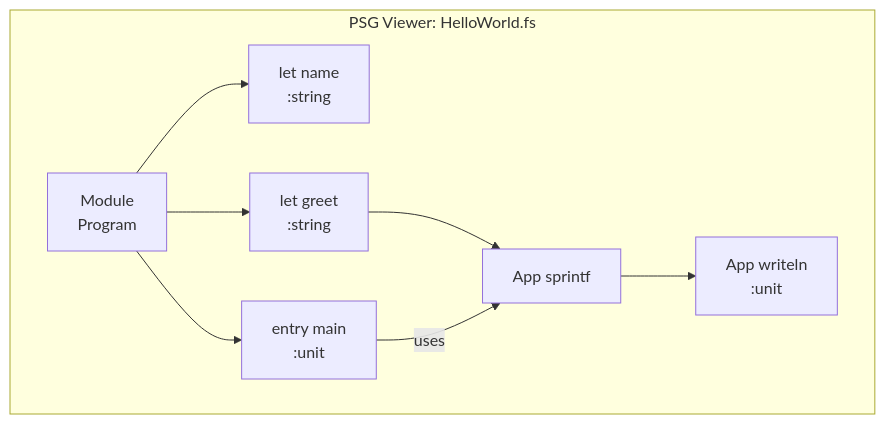
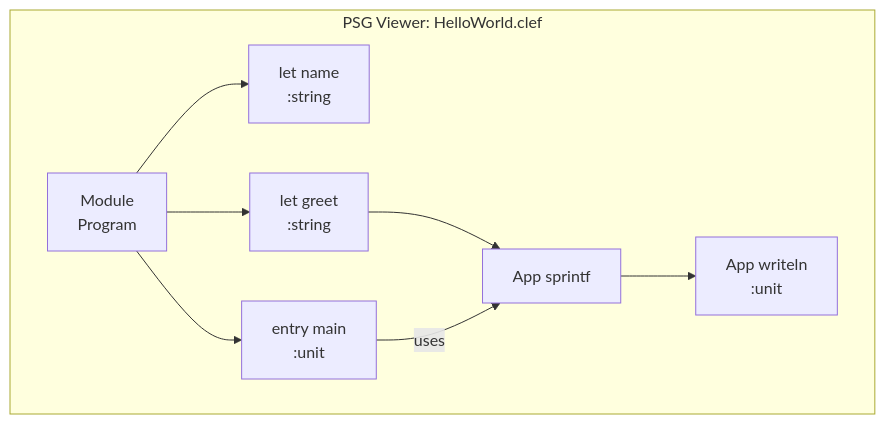
Before and after one commit to FidelityFramework/Atelier: the third of 8 diagrams in docs/03_unique_features.md, drawn with Mermaid. The commit also changed other lines of this file and 23 other files, not shown here.

Commit message:
docs: align to the PSG-as-authority view; clef/* extension namespace; wren naming (on top of rename sweep)

````diff
--- a/docs/03_unique_features.md
+++ b/docs/03_unique_features.md
@@ -161,18 +171,18 @@
 ```mermaid
 flowchart TB
-    subgraph viewer["PSG Viewer: HelloWorld.fs"]
+    subgraph viewer["PSG Viewer: HelloWorld.clef"]
         module["Module<br/>Program"]
         name["let name<br/>:string"]
         greet["let greet<br/>:string"]
         main["entry main<br/>:unit"]
         sprintf["App sprintf"]
         writeln["App writeln<br/>:unit"]
 
         module --> name
         module --> greet
         module --> main
         greet --> sprintf
         main -->|uses| sprintf
         sprintf --> writeln
     end
 ```
````
